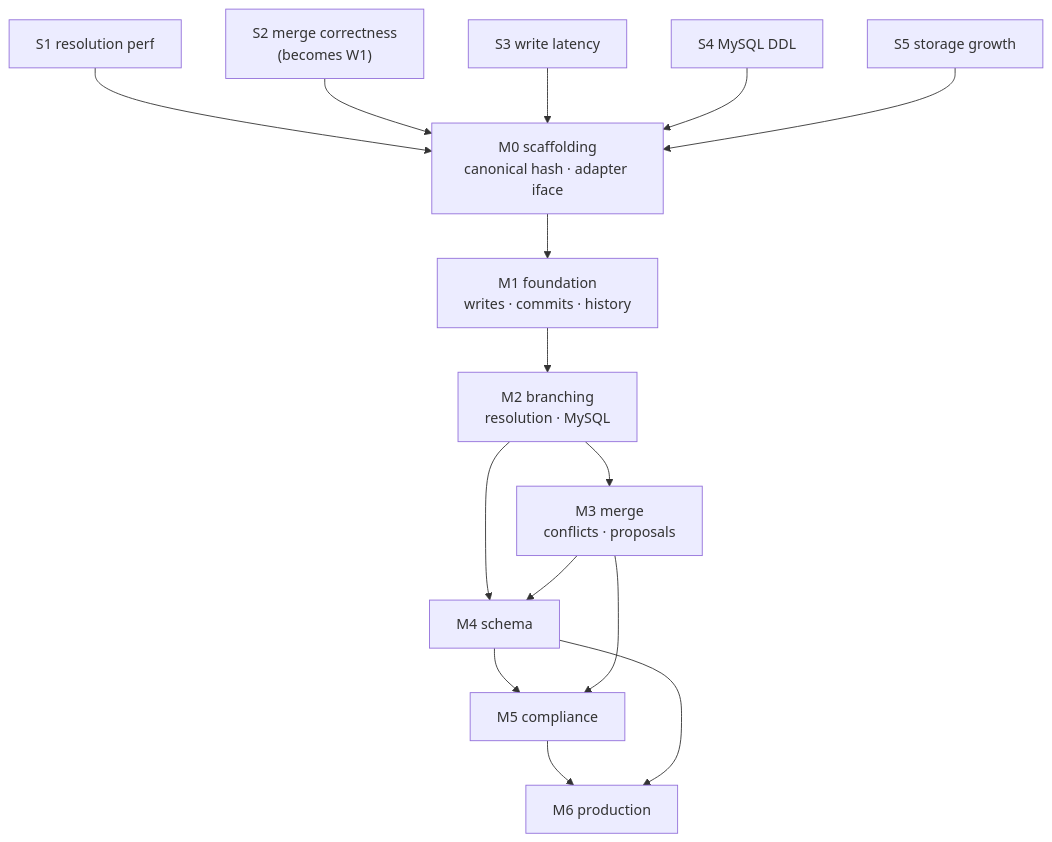
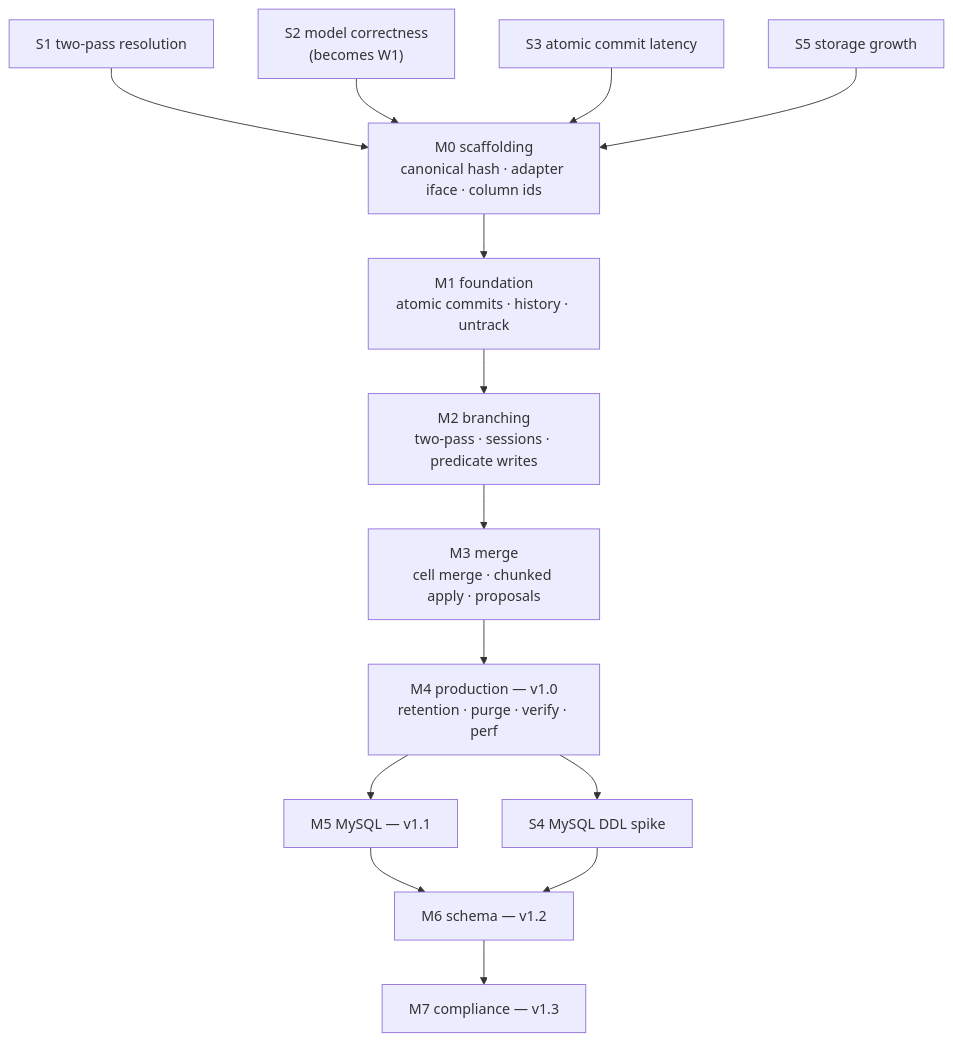
Before and after one commit to Glyph-Software/datagit: the diagram in PLAN.md, drawn with Mermaid. The commit also changed other lines of this file and 3 other files, not shown here.

````diff
--- a/PLAN.md
+++ b/PLAN.md
@@ -265,18 +296,17 @@
 ```mermaid
 flowchart TD
-    S1["S1 resolution perf"] --> M0
-    S2["S2 merge correctness<br/>(becomes W1)"] --> M0
-    S3["S3 write latency"] --> M0
-    S4["S4 MySQL DDL"] --> M0
+    S1["S1 two-pass resolution"] --> M0
+    S2["S2 model correctness<br/>(becomes W1)"] --> M0
+    S3["S3 atomic commit latency"] --> M0
     S5["S5 storage growth"] --> M0
-    M0["M0 scaffolding<br/>canonical hash · adapter iface"] --> M1
-    M1["M1 foundation<br/>writes · commits · history"] --> M2
-    M2["M2 branching<br/>resolution · MySQL"] --> M3
-    M2 --> M4
-    M3["M3 merge<br/>conflicts · proposals"] --> M4
-    M4["M4 schema"] --> M5
-    M3 --> M5
-    M5["M5 compliance"] --> M6
-    M4 --> M6
-    M6["M6 production"]
+    M0["M0 scaffolding<br/>canonical hash · adapter iface · column ids"] --> M1
+    M1["M1 foundation<br/>atomic commits · history · untrack"] --> M2
+    M2["M2 branching<br/>two-pass · sessions · predicate writes"] --> M3
+    M3["M3 merge<br/>cell merge · chunked apply · proposals"] --> M4
+    M4["M4 production — v1.0<br/>retention · purge · verify · perf"] --> M5
+    M4 --> S4["S4 MySQL DDL spike"]
+    M5["M5 MySQL — v1.1"] --> M6
+    S4 --> M6
+    M6["M6 schema — v1.2"] --> M7
+    M7["M7 compliance — v1.3"]
 ```
````
